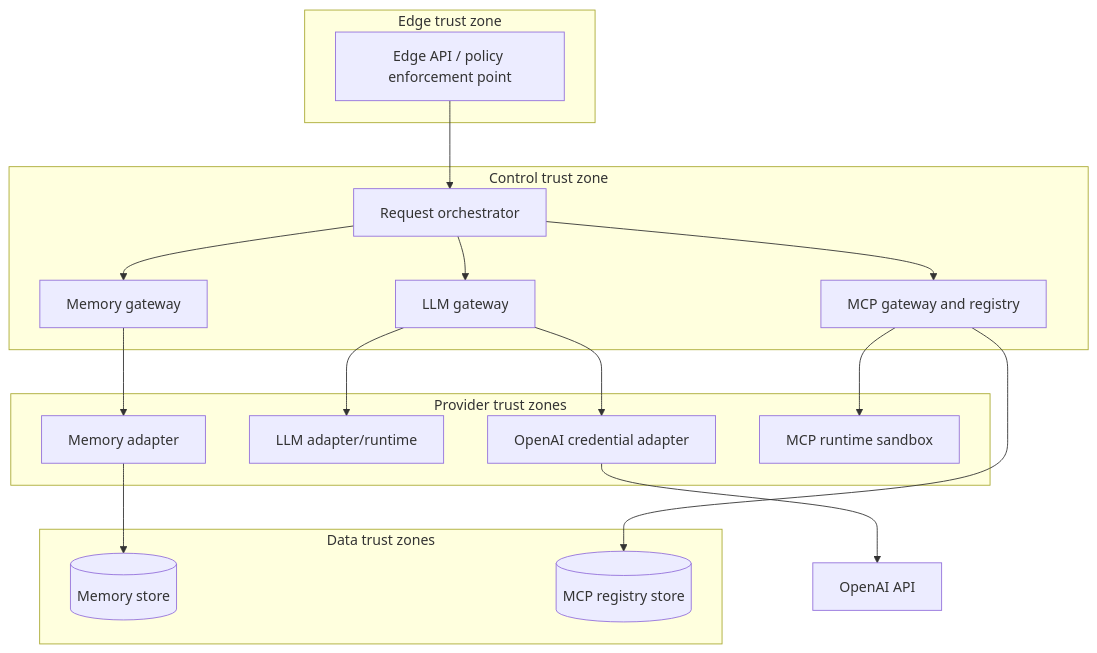
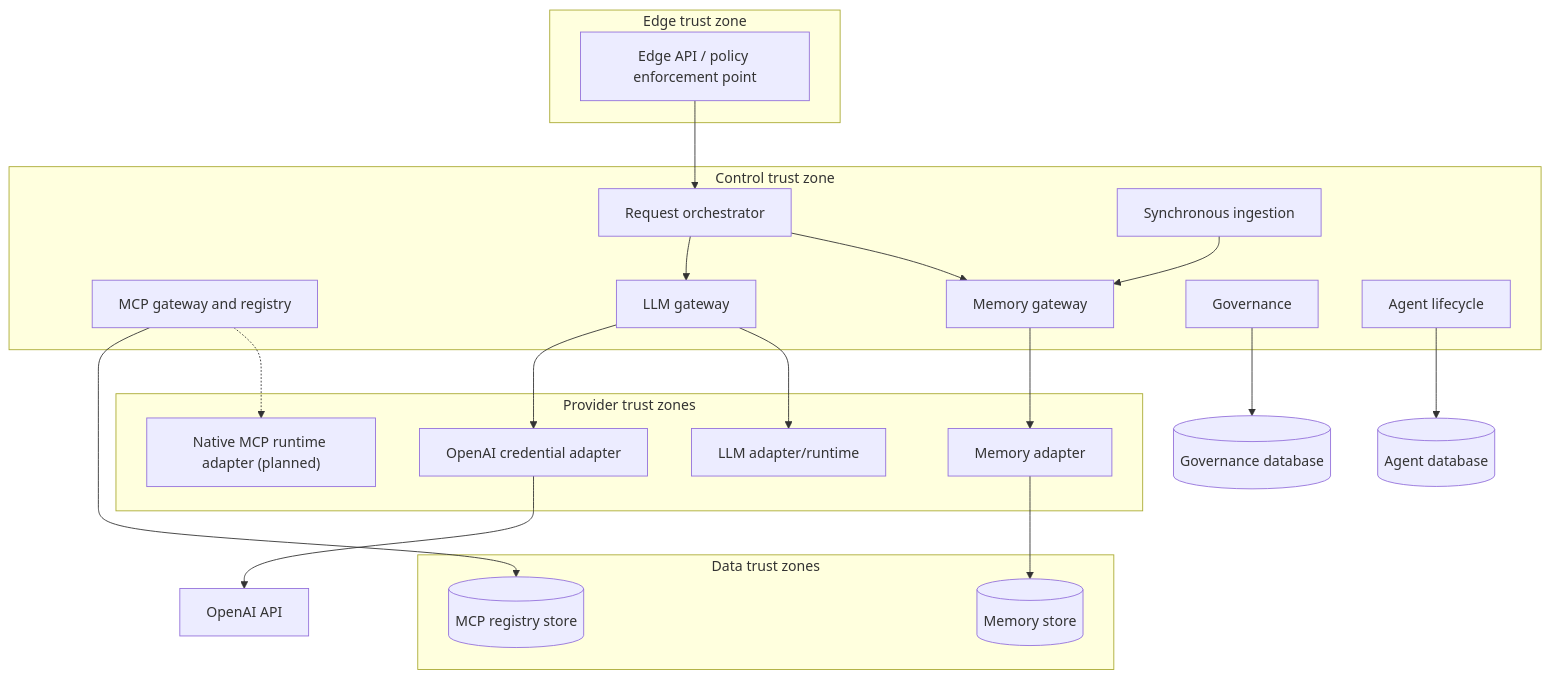
The first of 2 diagrams in docs/design/high-level/10-overall/02-runtime-topology-flow.md (diaryfolio/aiops-fabric), drawn with Mermaid before and after one commit. The commit also changed other lines of this file and 44 other files, not shown here.

````diff
--- a/docs/design/high-level/10-overall/02-runtime-topology-flow.md
+++ b/docs/design/high-level/10-overall/02-runtime-topology-flow.md
@@ -5,29 +8,35 @@
 ```mermaid
 flowchart TB
     subgraph Edge["Edge trust zone"]
       API["Edge API / policy enforcement point"]
     end
     subgraph Control["Control trust zone"]
       ORC["Request orchestrator"]
       MCP["MCP gateway and registry"]
       MEM["Memory gateway"]
       LLM["LLM gateway"]
+      GOV["Governance"]
+      AGENT["Agent lifecycle"]
+      INGEST["Synchronous ingestion"]
     end
     subgraph Providers["Provider trust zones"]
       MR["Memory adapter"]
       LR["LLM adapter/runtime"]
       OA["OpenAI credential adapter"]
-      XR["MCP runtime sandbox"]
+      XR["Native MCP runtime adapter (planned)"]
     end
     subgraph Data["Data trust zones"]
       MD[("Memory store")]
       XD[("MCP registry store")]
     end
     API --> ORC
-    ORC --> MEM & LLM & MCP
+    ORC --> MEM & LLM
     MEM --> MR --> MD
     LLM --> LR
     LLM --> OA --> CLOUD["OpenAI API"]
-    MCP --> XR
+    INGEST --> MEM
+    MCP -.-> XR
     MCP --> XD
+    AGENT --> AD[("Agent database")]
+    GOV --> GD[("Governance database")]
 ```
````
